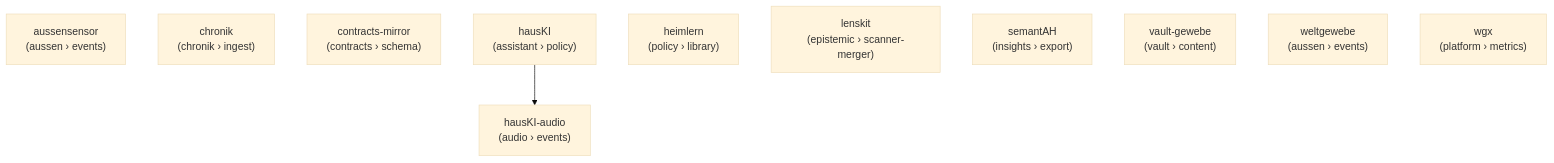
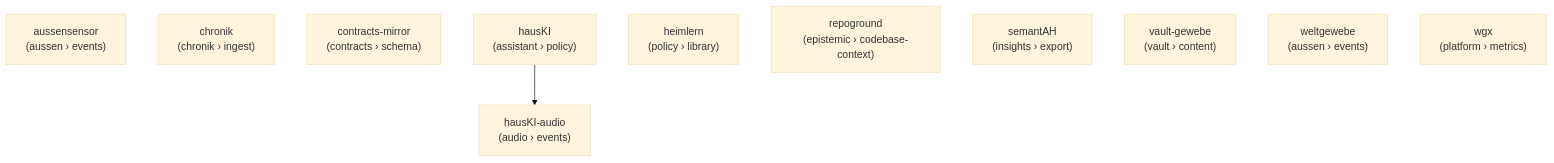
One commit to heimgewebe/metarepo changed the diagram in docs/org-graph.mmd. Above: the diagram before and after it, drawn with Mermaid (base theme). The commit also changed 14 other files, not shown here.

```diff
--- a/docs/org-graph.mmd
+++ b/docs/org-graph.mmd
@@ -1,15 +1,15 @@
 %% Org dependency graph
 %% Generated by scripts/generate_org_assets.py; do not edit manually.
 graph TD
     aussensensor["aussensensor\n(aussen › events)"]
     chronik["chronik\n(chronik › ingest)"]
     contracts_mirror["contracts-mirror\n(contracts › schema)"]
     hausKI["hausKI\n(assistant › policy)"]
     hausKI_audio["hausKI-audio\n(audio › events)"]
     heimlern["heimlern\n(policy › library)"]
-    lenskit["lenskit\n(epistemic › scanner-merger)"]
+    repoground["repoground\n(epistemic › codebase-context)"]
     semantAH["semantAH\n(insights › export)"]
     vault_gewebe["vault-gewebe\n(vault › content)"]
     weltgewebe["weltgewebe\n(aussen › events)"]
     wgx["wgx\n(platform › metrics)"]
     hausKI --> hausKI_audio
```
